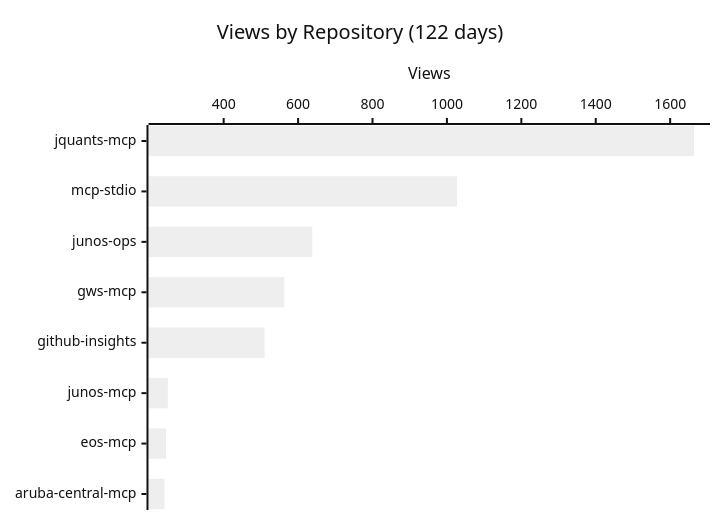
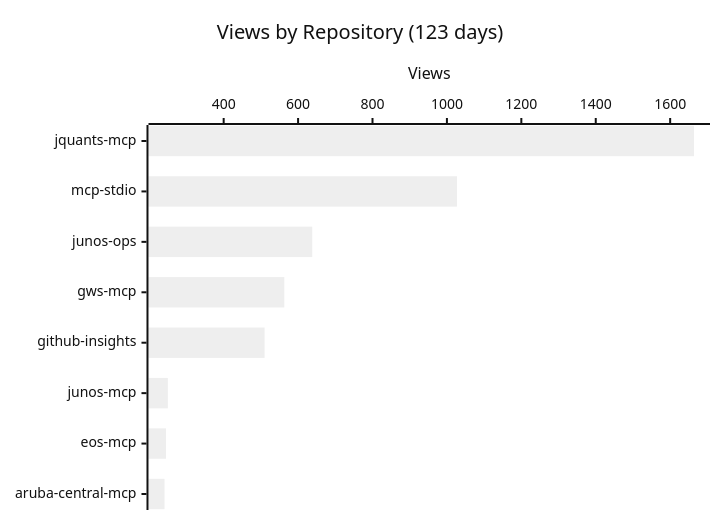
Before and after one commit to shigechika/github-insights: the first of 4 diagrams in README.md, drawn with Mermaid (neutral theme). The commit also changed other lines of this file and 2 other files, not shown here.

````diff
--- a/README.md
+++ b/README.md
@@ -18,7 +18,7 @@
 ```mermaid
 xychart-beta horizontal
-    title "Views by Repository (122 days)"
+    title "Views by Repository (123 days)"
     x-axis ["jquants-mcp", "mcp-stdio", "junos-ops", "gws-mcp", "github-insights", "junos-mcp", "eos-mcp", "aruba-central-mcp"]
     y-axis "Views"
     bar [1664, 1027, 638, 563, 510, 250, 245, 241]
 ```
````
